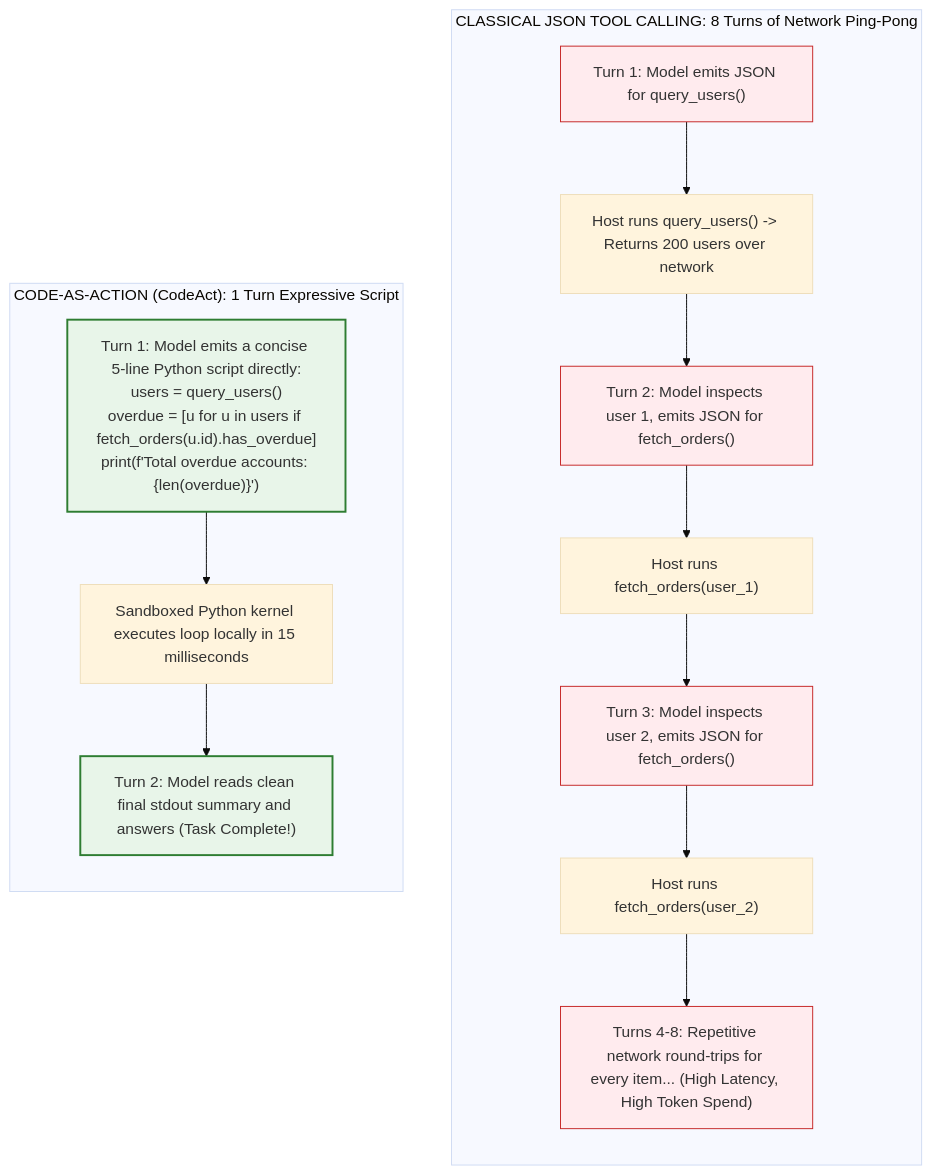
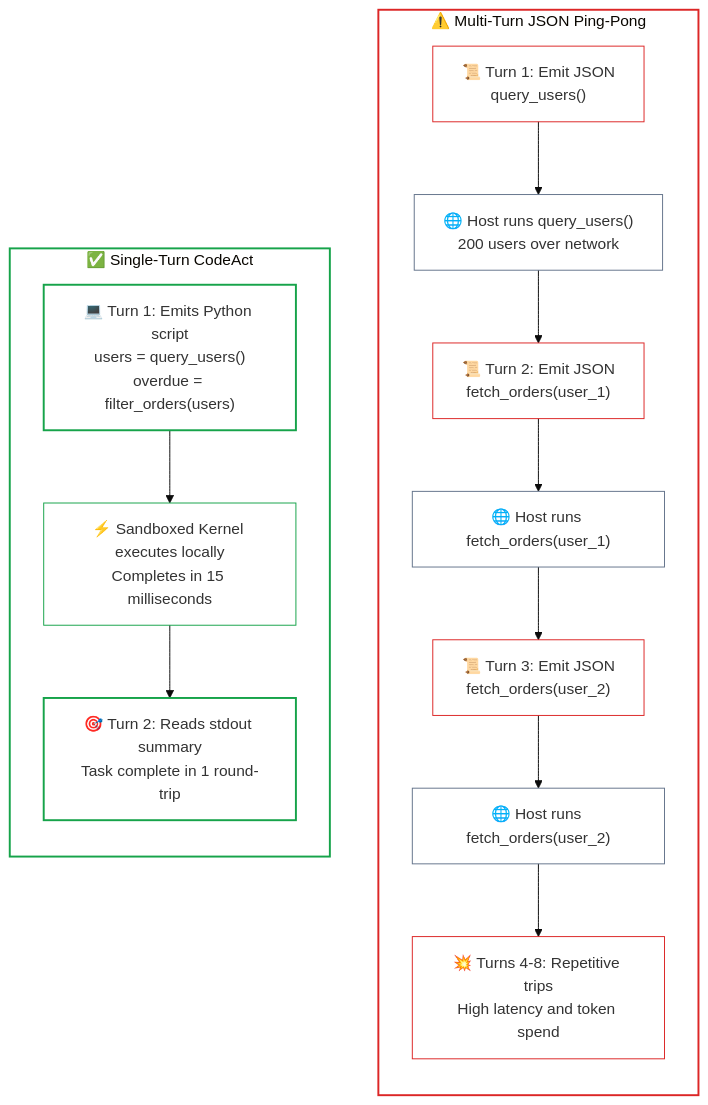
The first of 5 diagrams in 04-agentic-systems-and-orchestration/06-codeact-and-sandboxed-execution-runtimes.md (dip4k/senior-engineer-to-ai-engineer-roadmap), drawn with Mermaid (base theme) before and after one commit. The commit also changed other lines of this file and 94 other files, not shown here.

Commit message:
refactor(curriculum): complete Phase 04 upgrade and enforce diagram renderer invariants

````diff
--- a/04-agentic-systems-and-orchestration/06-codeact-and-sandboxed-execution-runtimes.md
+++ b/04-agentic-systems-and-orchestration/06-codeact-and-sandboxed-execution-runtimes.md
@@ -29,23 +32,33 @@
 ```mermaid
 flowchart TD
-    classDef json fill:#ffebee,stroke:#c62828,stroke-width:1px;
-    classDef code fill:#e8f5e9,stroke:#2e7d32,stroke-width:2px;
-
-    subgraph JSONFlow["CLASSICAL JSON TOOL CALLING: 8 Turns of Network Ping-Pong"]
+    subgraph JSONFlow["⚠️ Multi-Turn JSON Ping-Pong"]
         direction TB
-        J1["Turn 1: Model emits JSON for query_users()"]:::json
-        --> JR1["Host runs query_users() -> Returns 200 users over network"]
-        --> J2["Turn 2: Model inspects user 1, emits JSON for fetch_orders()"]:::json
-        --> JR2["Host runs fetch_orders(user_1)"]
-        --> J3["Turn 3: Model inspects user 2, emits JSON for fetch_orders()"]:::json
-        --> JR3["Host runs fetch_orders(user_2)"]
-        --> J4["Turns 4-8: Repetitive network round-trips for every item... (High Latency, High Token Spend)"]:::json
+        J1["📜 Turn 1: Emit JSON<br/>query_users()"]
+        --> JR1["🌐 Host runs query_users()<br/>200 users over network"]
+        --> J2["📜 Turn 2: Emit JSON<br/>fetch_orders(user_1)"]
+        --> JR2["🌐 Host runs fetch_orders(user_1)"]
+        --> J3["📜 Turn 3: Emit JSON<br/>fetch_orders(user_2)"]
+        --> JR3["🌐 Host runs fetch_orders(user_2)"]
+        --> J4["💥 Turns 4-8: Repetitive trips<br/>High latency and token spend"]
     end
 
-    subgraph CodeActFlow["CODE-AS-ACTION (CodeAct): 1 Turn Expressive Script"]
+    subgraph CodeActFlow["✅ Single-Turn CodeAct"]
         direction TB
-        C1["Turn 1: Model emits a concise 5-line Python script directly:\nusers = query_users()\noverdue = [u for u in users if fetch_orders(u.id).has_overdue]\nprint(f'Total overdue accounts: {len(overdue)}')"]:::code
-        --> CR1["Sandboxed Python kernel executes loop locally in 15 milliseconds"]
-        --> C2["Turn 2: Model reads clean final stdout summary and answers (Task Complete!)"]:::code
+        C1["💻 Turn 1: Emits Python script<br/>users = query_users()<br/>overdue = filter_orders(users)"]
+        --> CR1["⚡ Sandboxed Kernel executes locally<br/>Completes in 15 milliseconds"]
+        --> C2["🎯 Turn 2: Reads stdout summary<br/>Task complete in 1 round-trip"]
     end
+
+    style JSONFlow fill:none,stroke:#dc2626,stroke-width:2px
+    style CodeActFlow fill:none,stroke:#16a34a,stroke-width:2px
+    style J1 stroke:#dc2626,stroke-width:1px,fill:none
+    style JR1 stroke:#64748b,stroke-width:1px,fill:none
+    style J2 stroke:#dc2626,stroke-width:1px,fill:none
+    style JR2 stroke:#64748b,stroke-width:1px,fill:none
+    style J3 stroke:#dc2626,stroke-width:1px,fill:none
+    style JR3 stroke:#64748b,stroke-width:1px,fill:none
+    style J4 stroke:#dc2626,stroke-width:1px,fill:none
+    style C1 stroke:#16a34a,stroke-width:2px,fill:none
+    style CR1 stroke:#16a34a,stroke-width:1px,fill:none
+    style C2 stroke:#16a34a,stroke-width:2px,fill:none
 ```
````
